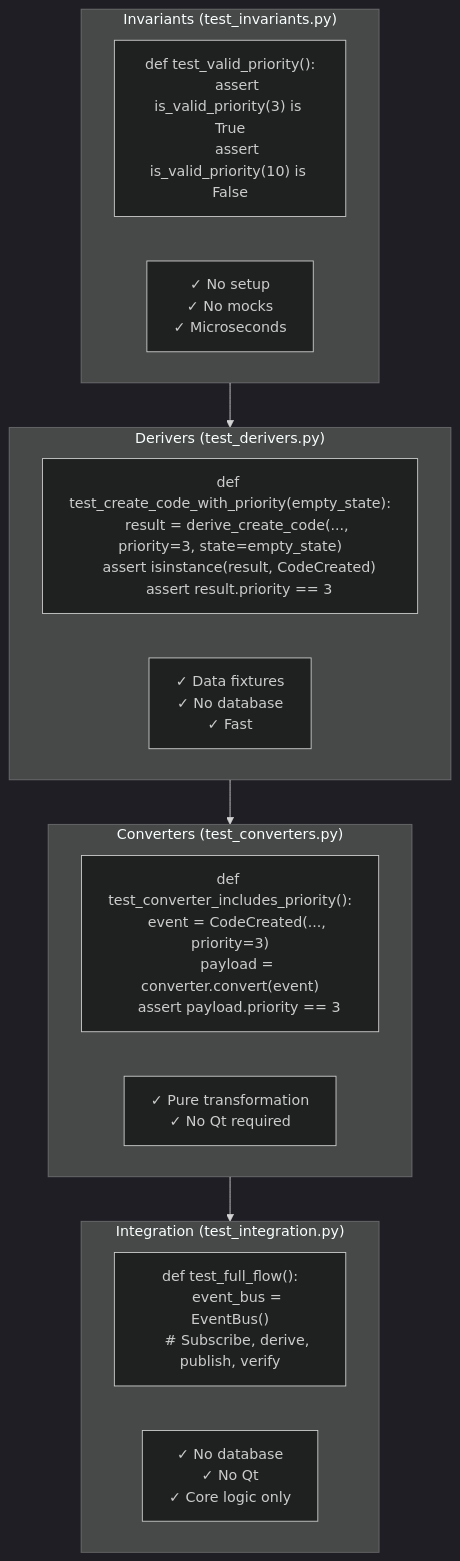
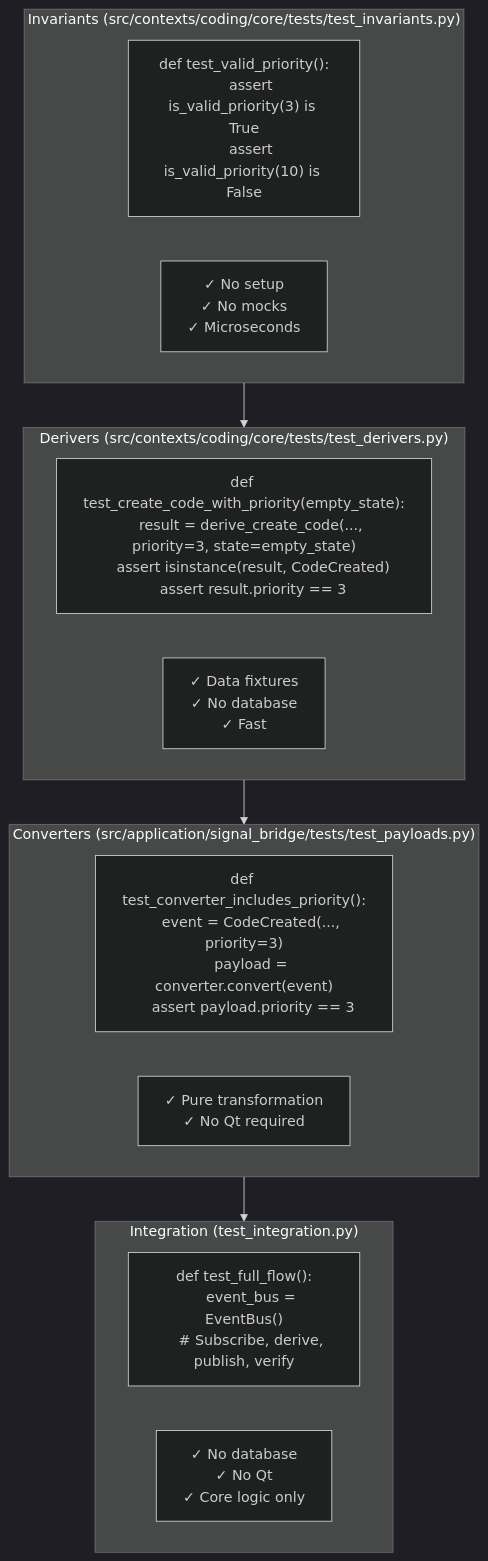
The third of 4 diagrams in docs/tutorials/07-complete-flow.md (scope-impact/QualCoder-v2), drawn with Mermaid (dark theme) before and after one commit. The commit also changed other lines of this file and 13 other files, not shown here.

````diff
--- a/docs/tutorials/07-complete-flow.md
+++ b/docs/tutorials/07-complete-flow.md
@@ -159,24 +161,24 @@
 ```mermaid
 graph TB
-    subgraph INV ["Invariants (test_invariants.py)"]
+    subgraph INV ["Invariants (src/contexts/coding/core/tests/test_invariants.py)"]
         INV_TEST["def test_valid_priority():<br/>    assert is_valid_priority(3) is True<br/>    assert is_valid_priority(10) is False"]
         INV_PROPS["✓ No setup<br/>✓ No mocks<br/>✓ Microseconds"]
     end
 
-    subgraph DER ["Derivers (test_derivers.py)"]
+    subgraph DER ["Derivers (src/contexts/coding/core/tests/test_derivers.py)"]
         DER_TEST["def test_create_code_with_priority(empty_state):<br/>    result = derive_create_code(..., priority=3, state=empty_state)<br/>    assert isinstance(result, CodeCreated)<br/>    assert result.priority == 3"]
         DER_PROPS["✓ Data fixtures<br/>✓ No database<br/>✓ Fast"]
     end
 
-    subgraph CONV ["Converters (test_converters.py)"]
+    subgraph CONV ["Converters (src/application/signal_bridge/tests/test_payloads.py)"]
         CONV_TEST["def test_converter_includes_priority():<br/>    event = CodeCreated(..., priority=3)<br/>    payload = converter.convert(event)<br/>    assert payload.priority == 3"]
         CONV_PROPS["✓ Pure transformation<br/>✓ No Qt required"]
     end
 
     subgraph INT ["Integration (test_integration.py)"]
         INT_TEST["def test_full_flow():<br/>    event_bus = EventBus()<br/>    # Subscribe, derive, publish, verify"]
         INT_PROPS["✓ No database<br/>✓ No Qt<br/>✓ Core logic only"]
     end
 
     INV --> DER --> CONV --> INT
 ```
````
